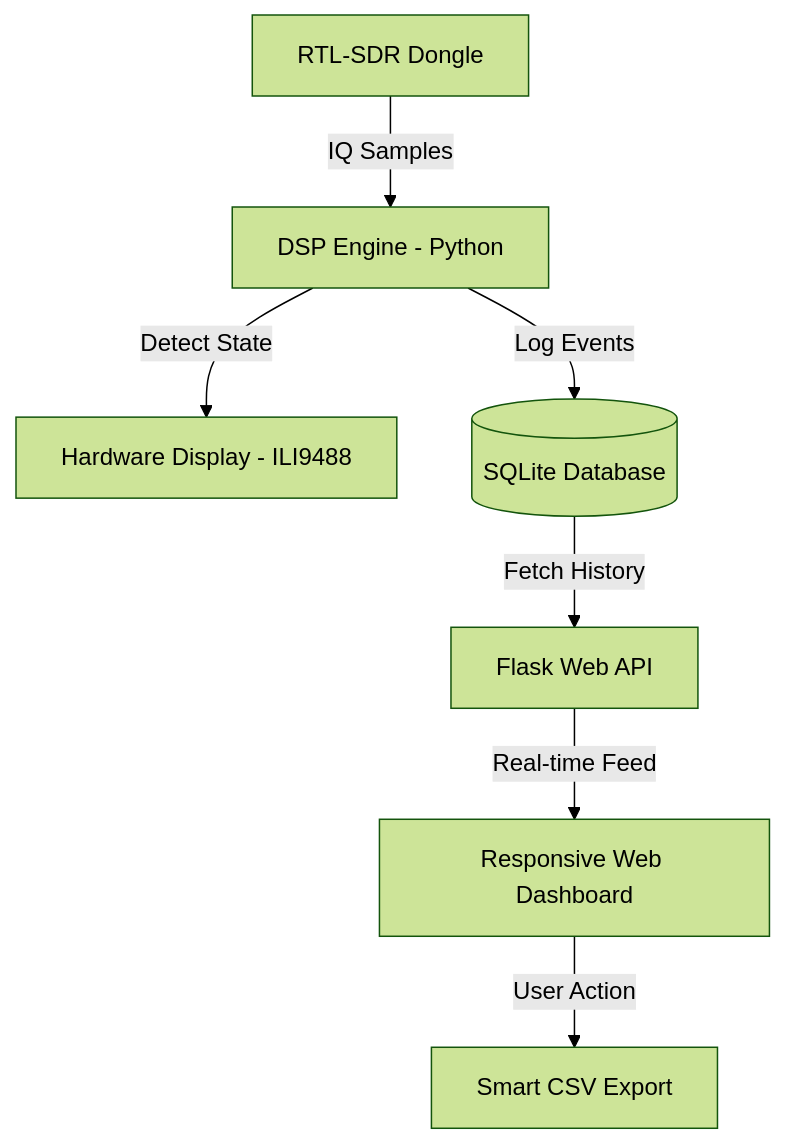
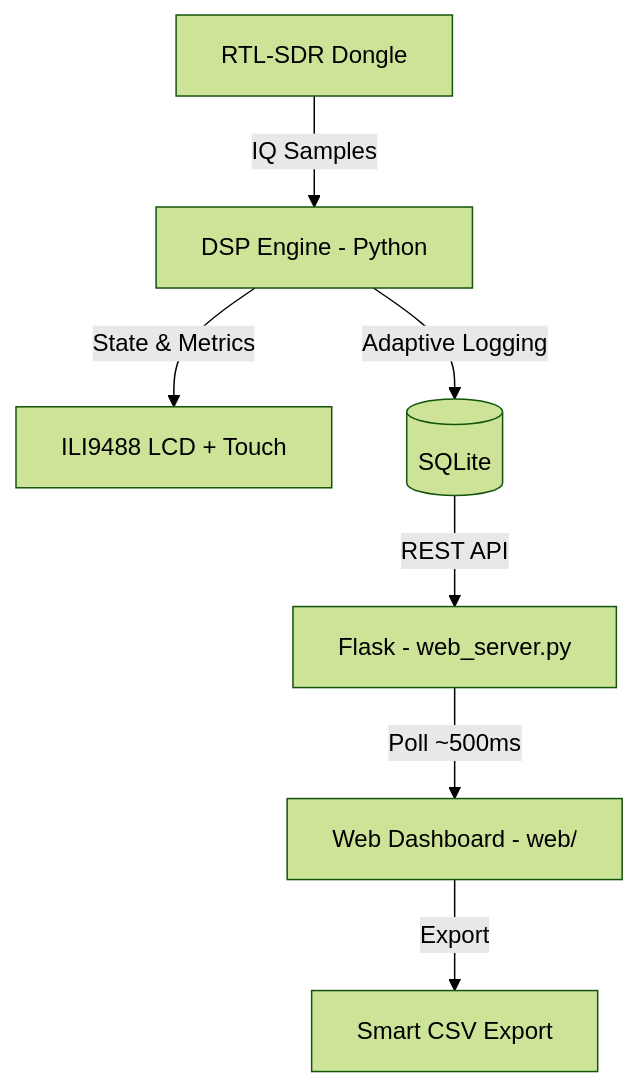
The first of 2 diagrams in README.md (67010655/Jamming-Detector-Handheld), drawn with Mermaid (forest theme) before and after one commit. The commit also changed other lines of this file and 2 other files, not shown here.

````diff
--- a/README.md
+++ b/README.md
@@ -24,9 +44,9 @@
 ```mermaid
 graph TD
     SDR[RTL-SDR Dongle] -->|IQ Samples| DSP[DSP Engine - Python]
-    DSP -->|Detect State| UI[Hardware Display - ILI9488]
-    DSP -->|Log Events| DB[(SQLite Database)]
-    DB -->|Fetch History| API[Flask Web API]
-    API -->|Real-time Feed| WEB[Responsive Web Dashboard]
-    WEB -->|User Action| CSV[Smart CSV Export]
+    DSP -->|State & Metrics| UI[ILI9488 LCD + Touch]
+    DSP -->|Adaptive Logging| DB[(SQLite)]
+    DB -->|REST API| API[Flask - web_server.py]
+    API -->|Poll ~500ms| WEB[Web Dashboard - web/]
+    WEB -->|Export| CSV[Smart CSV Export]
 ```
````
